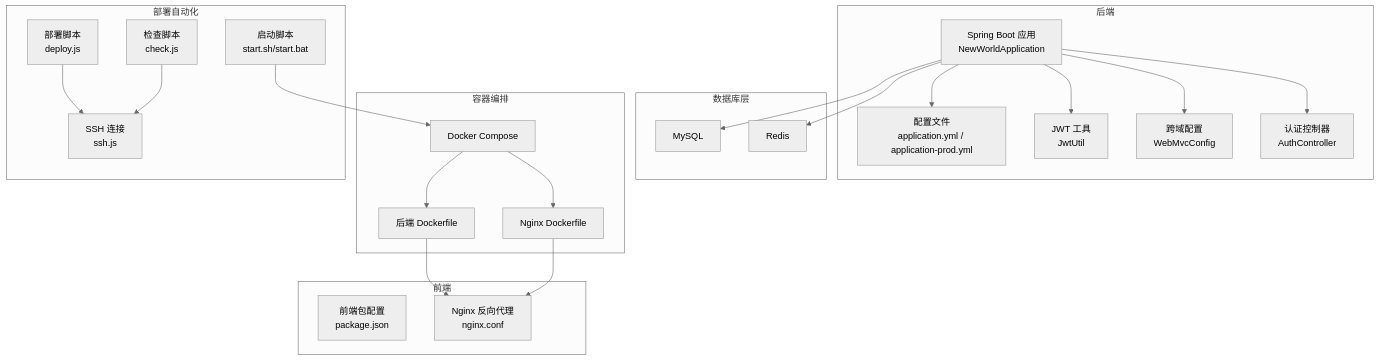
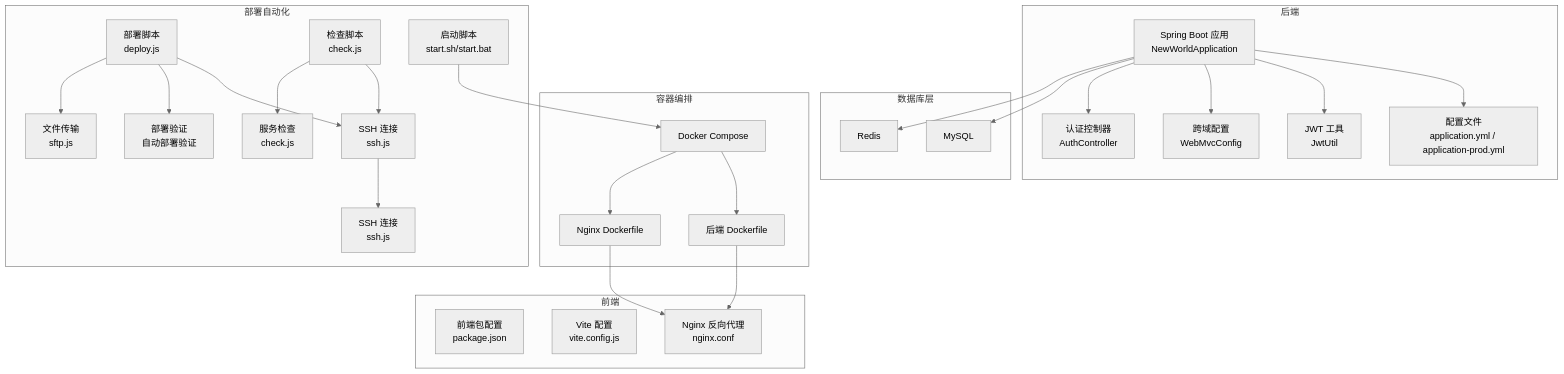
Before and after one commit to junjiechen66/newWorld: the first of 6 diagrams in .qoder/repowiki/zh/content/部署指南/部署指南.md, drawn with Mermaid (neutral theme). The commit also changed other lines of this file and 70 other files, not shown here.

````diff
--- a/.qoder/repowiki/zh/content/部署指南/部署指南.md
+++ b/.qoder/repowiki/zh/content/部署指南/部署指南.md
@@ -57,42 +59,51 @@
 ```mermaid
 graph TB
 subgraph "后端"
 APP["Spring Boot 应用<br/>NewWorldApplication"]
 CFG["配置文件<br/>application.yml / application-prod.yml"]
 JWT["JWT 工具<br/>JwtUtil"]
 CORS["跨域配置<br/>WebMvcConfig"]
 AUTH["认证控制器<br/>AuthController"]
 end
 subgraph "数据库层"
 MYSQL["MySQL"]
 REDIS["Redis"]
 end
 subgraph "容器编排"
 DC["Docker Compose"]
 DF["后端 Dockerfile"]
 NGINX_DOCKER["Nginx Dockerfile"]
 end
 subgraph "前端"
 FE_PKG["前端包配置<br/>package.json"]
+VITE["Vite 配置<br/>vite.config.js"]
 END["Nginx 反向代理<br/>nginx.conf"]
 end
 subgraph "部署自动化"
 DEPLOY["部署脚本<br/>deploy.js"]
 CHECK["检查脚本<br/>check.js"]
 SSH["SSH 连接<br/>ssh.js"]
 START["启动脚本<br/>start.sh/start.bat"]
+END2["部署验证<br/>自动部署验证"]
+END3["服务检查<br/>check.js"]
+END4["SSH 连接<br/>ssh.js"]
+END5["文件传输<br/>sftp.js"]
 end
 APP --> CFG
 APP --> JWT
 APP --> CORS
 APP --> AUTH
 APP --> MYSQL
 APP --> REDIS
 DC --> DF
 DC --> NGINX_DOCKER
 DF --> END
 NGINX_DOCKER --> END
 DEPLOY --> SSH
 CHECK --> SSH
 START --> DC
+DEPLOY --> END2
+CHECK --> END3
+SSH --> END4
+DEPLOY --> END5
 ```
````
